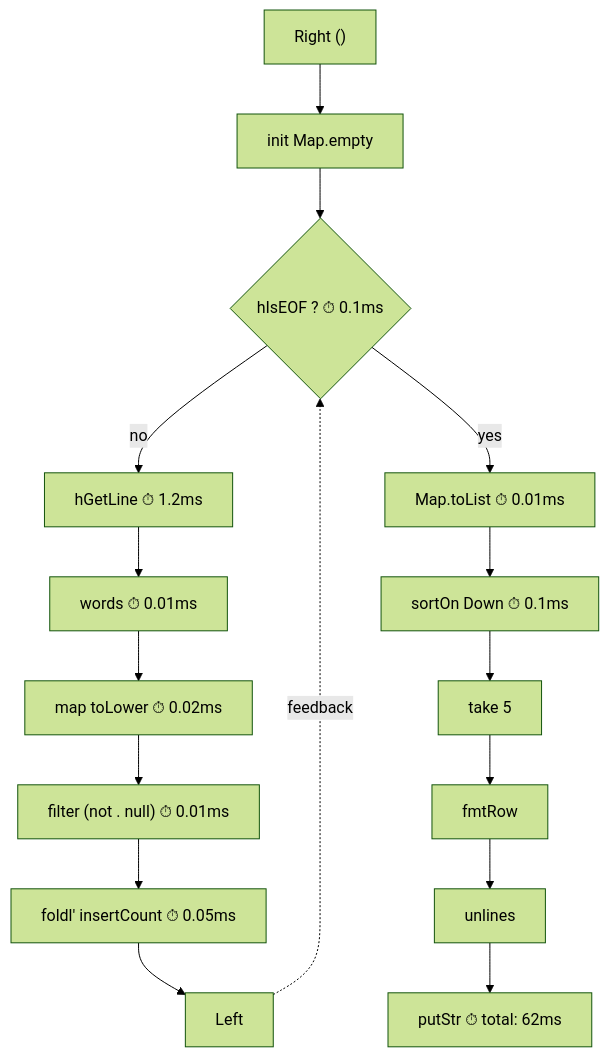
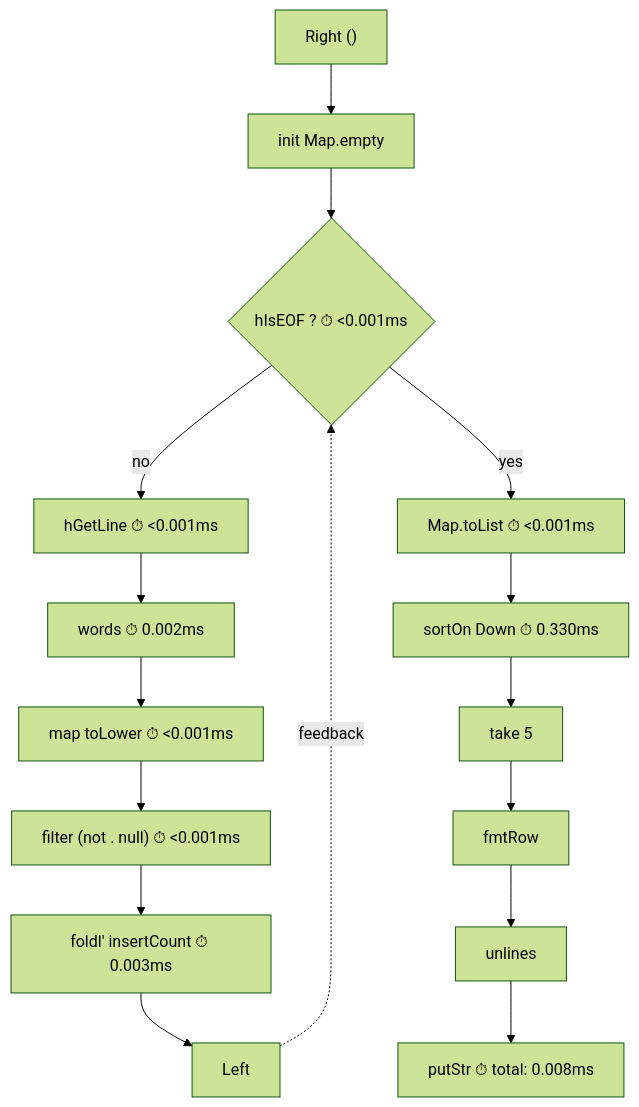
The diagram in examples/words.md (tonyday567/circuits), drawn with Mermaid (forest theme) before and after one commit. The commit also changed other lines of this file, not shown here.

First line of the commit message:
Update words example with verified Circuit pipeline and real timings

````diff
--- a/examples/words.md
+++ b/examples/words.md
@@ -197,19 +12,19 @@
 ```mermaid
 flowchart TD
     B["Right ()"] --> C["init Map.empty"]
-        C --> D{"hIsEOF ? ⏱ 0.1ms"}
-        D -->|"no"| E["hGetLine ⏱ 1.2ms"]
-        E --> F["words ⏱ 0.01ms"]
-        F --> G["map toLower ⏱ 0.02ms"]
-        G --> H["filter (not . null) ⏱ 0.01ms"]
-        H --> I["foldl' insertCount ⏱ 0.05ms"]
+        C --> D{"hIsEOF ? ⏱ <0.001ms"}
+        D -->|"no"| E["hGetLine ⏱ <0.001ms"]
+        E --> F["words ⏱ 0.002ms"]
+        F --> G["map toLower ⏱ <0.001ms"]
+        G --> H["filter (not . null) ⏱ <0.001ms"]
+        H --> I["foldl' insertCount ⏱ 0.003ms"]
         I --> J["Left"]
         J -.->|"feedback"| D
 
-    D -->|"yes"| K["Map.toList ⏱ 0.01ms"]
-    K --> L["sortOn Down ⏱ 0.1ms"]
-    L --> M["take 5 "]
+    D -->|"yes"| K["Map.toList ⏱ <0.001ms"]
+    K --> L["sortOn Down ⏱ 0.330ms"]
+    L --> M["take 5"]
     M --> N["fmtRow"]
     N --> O["unlines"]
-    O --> P["putStr ⏱ total: 62ms"]
+    O --> P["putStr ⏱ total: 0.008ms"]
 ```
````
